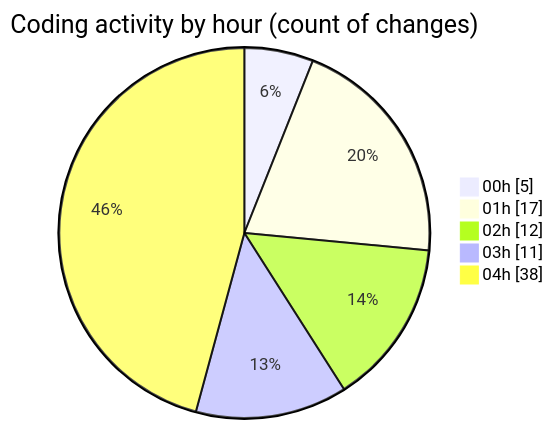
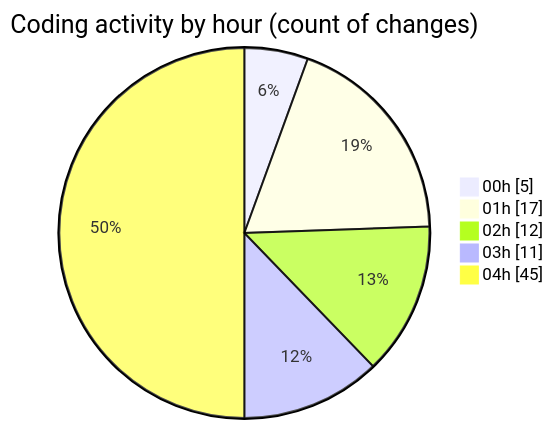
The second of 2 diagrams in 2025-08-04/tw-server/README.md (EIIisD/code-tracking), drawn with Mermaid before and after one commit. The commit also changed other lines of this file and 1 other file, not shown here.

````diff
--- a/2025-08-04/tw-server/README.md
+++ b/2025-08-04/tw-server/README.md
@@ -38,9 +38,9 @@
 ```mermaid
 pie showData
 title Coding activity by hour (count of changes)
 "00h" : 5
 "01h" : 17
 "02h" : 12
 "03h" : 11
-"04h" : 38
+"04h" : 45
 ```
````
